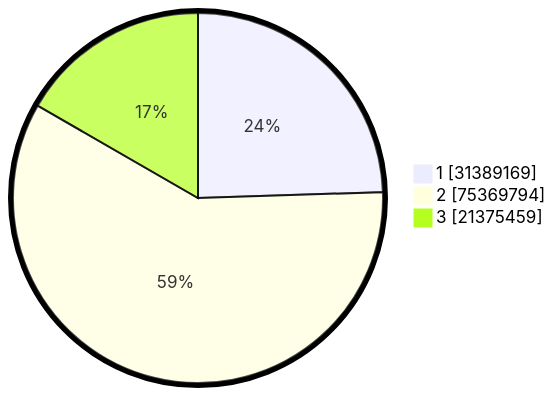
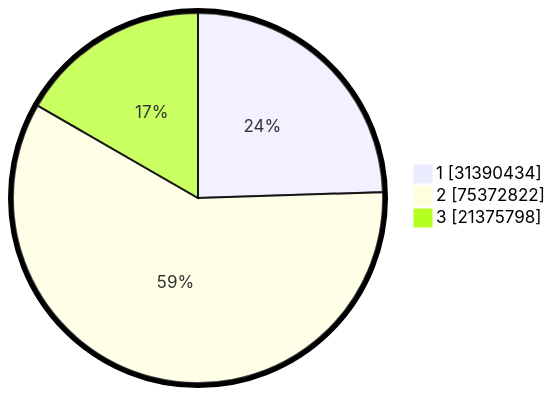
Before and after one commit to gigit-pemilu/pemilu-2024: the second of 2 diagrams in pilpres/hitung-suara/README.md, drawn with Mermaid. The commit also changed other lines of this file and 10 other files, not shown here.

````diff
--- a/pilpres/hitung-suara/README.md
+++ b/pilpres/hitung-suara/README.md
@@ -93,7 +93,7 @@
 ```mermaid
 %%{init: {"pie": {"textPosition": 0.5}, "themeVariables": {"pieOuterStrokeWidth": "5px"}} }%%
 pie showData
-    "1" : 31389169
-    "2" : 75369794
-    "3" : 21375459
+    "1" : 31390434
+    "2" : 75372822
+    "3" : 21375798
 ```
````
